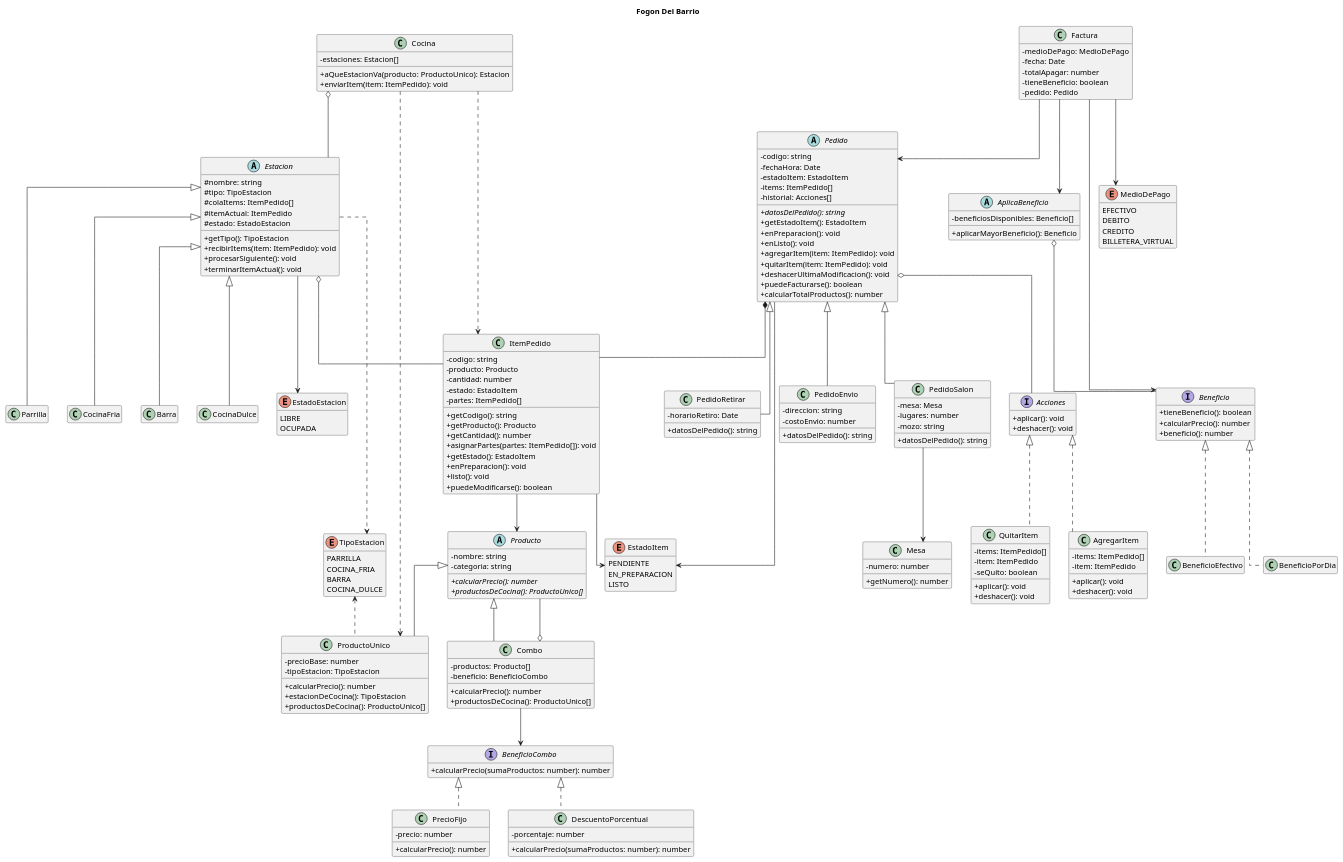
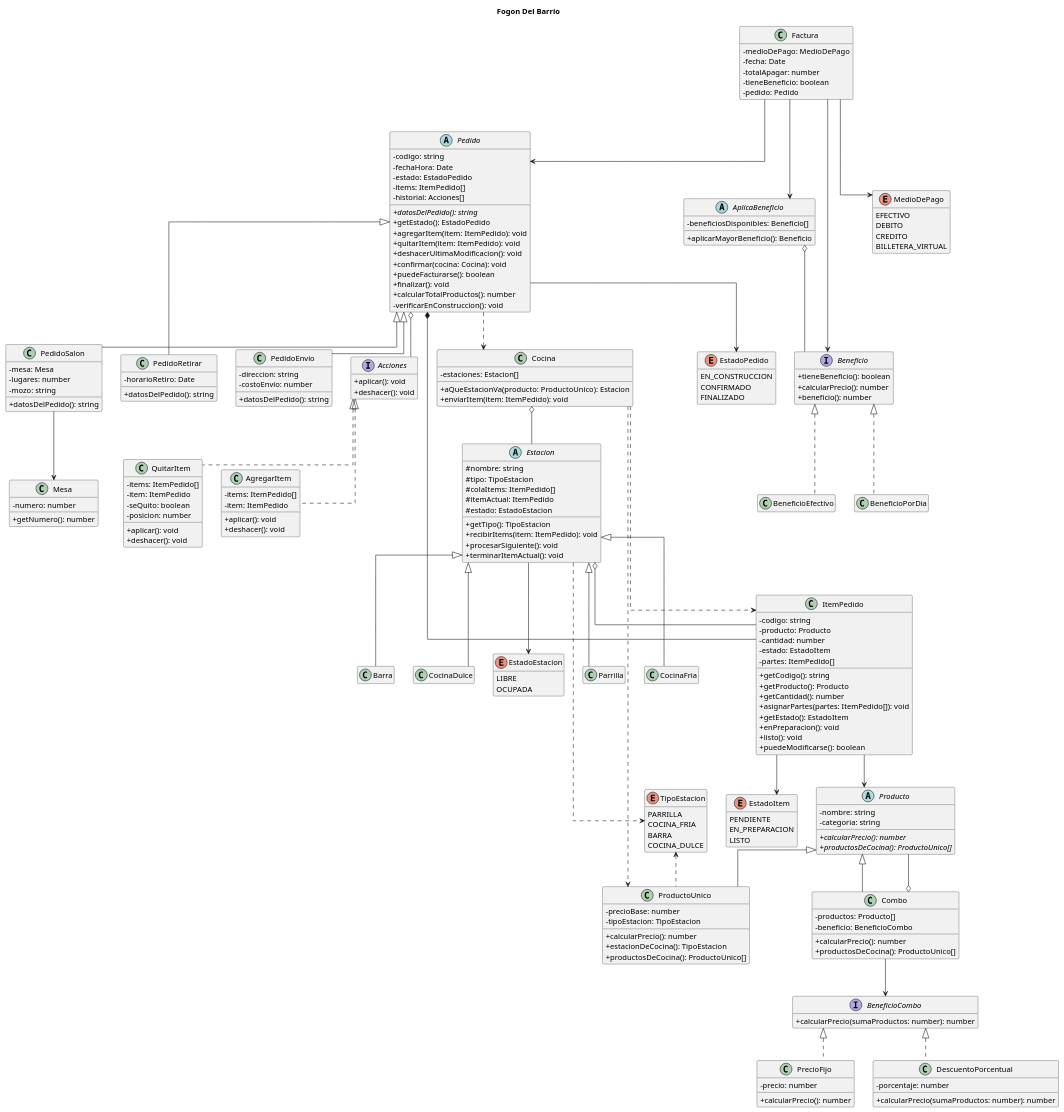
The diagram in diagrama/diagrama de clases Fogon del Barrio.puml (Laszlo-GAN/TP-Programacion-2--Grupo-12), drawn with PlantUML before and after one commit. The commit also changed 3 other files, not shown here.

Commit message:
agregue estadoPedido para poder modificar listas y quitar items

```diff
--- a/diagrama/diagrama de clases Fogon del Barrio.puml
+++ b/diagrama/diagrama de clases Fogon del Barrio.puml
@@ -11,19 +11,26 @@
 abstract class Pedido {
   - codigo: string
   - fechaHora: Date
-  - estadoItem: EstadoItem
+  - estado: EstadoPedido
   - items: ItemPedido[]
   - historial: Acciones[]
- 
+  
   + {abstract} datosDelPedido(): string
-  + getEstadoItem(): EstadoItem
-  + enPreparacion(): void
-  + enListo(): void
+  + getEstado(): EstadoPedido
   + agregarItem(item: ItemPedido): void
   + quitarItem(item: ItemPedido): void
   + deshacerUltimaModificacion(): void
+  + confirmar(cocina: Cocina): void
   + puedeFacturarse(): boolean
+  + finalizar(): void
   + calcularTotalProductos(): number
+  - verificarEnConstruccion(): void
+}
+
+enum EstadoPedido {
+  EN_CONSTRUCCION
+  CONFIRMADO
+  FINALIZADO
 }
 
 class Mesa {
@@ -100,6 +107,7 @@
   - items: ItemPedido[]
   - item: ItemPedido
   - seQuito: boolean
+  - posicion: number
 
   + aplicar(): void
   + deshacer(): void
@@ -113,9 +121,10 @@
 }
 Acciones <|.. AgregarItem
 Acciones <|.. QuitarItem
-Pedido o-- Acciones
-Pedido*--  ItemPedido
-Pedido --> EstadoItem
+Pedido o-- Acciones 
+Pedido  *--  ItemPedido
+Pedido --> EstadoPedido
+Pedido ..> Cocina 
 Producto <|-- ProductoUnico
 Producto <|-- Combo
 
@@ -158,8 +167,8 @@
 Estacion --> EstadoEstacion
 Estacion ..> TipoEstacion
 Cocina o--  Estacion
-Cocina ..> ProductoUnico
-Cocina ..> ItemPedido
+Cocina ..> ProductoUnico 
+Cocina ..> ItemPedido 
 Estacion <|-- Parrilla
 Estacion <|-- CocinaFria
 Estacion <|-- Barra
@@ -230,7 +239,7 @@
 Beneficio <|.. BeneficioEfectivo
 AplicaBeneficio o-- Beneficio
 Combo --> BeneficioCombo
-Combo o--  Producto 
+Combo o--  Producto
 BeneficioCombo <|.. DescuentoPorcentual
 BeneficioCombo <|.. PrecioFijo
 
```
